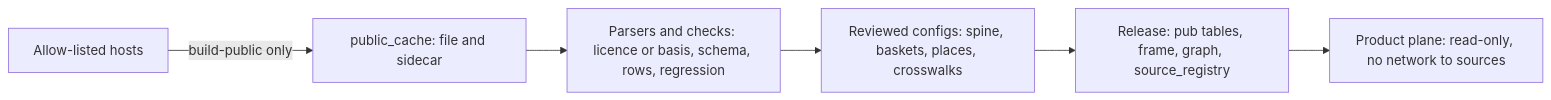
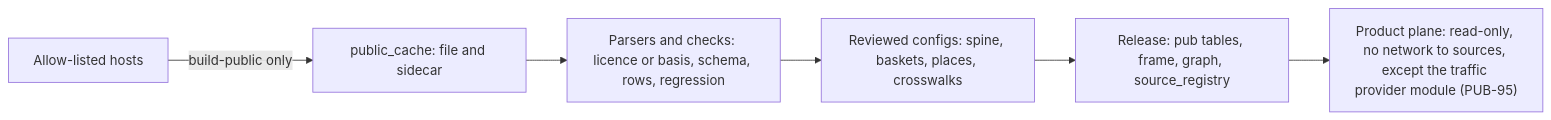
One commit to albarami/economic-investment-intelligence changed the diagram in docs/04_PUBLIC_DATA_PACK.md. Above: the diagram before and after it, drawn with Mermaid. The commit also changed other lines of this file and 25 other files, not shown here.

````diff
--- a/docs/04_PUBLIC_DATA_PACK.md
+++ b/docs/04_PUBLIC_DATA_PACK.md
@@ -67,8 +92,8 @@
 ```mermaid
 flowchart LR
   A["Allow-listed hosts"] -->|"build-public only"| B["public_cache: file and sidecar"]
   B --> C["Parsers and checks: licence or basis, schema, rows, regression"]
   C --> D["Reviewed configs: spine, baskets, places, crosswalks"]
   D --> E["Release: pub tables, frame, graph, source_registry"]
-  E --> F["Product plane: read-only, no network to sources"]
+  E --> F["Product plane: read-only, no network to sources, except the traffic provider module (PUB-95)"]
 ```
````
